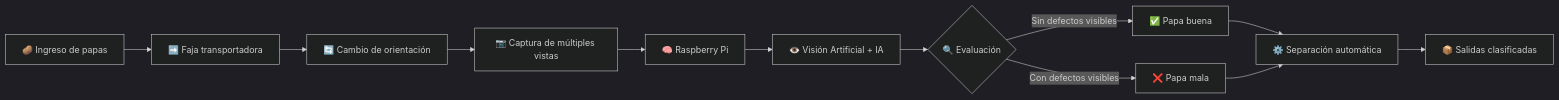
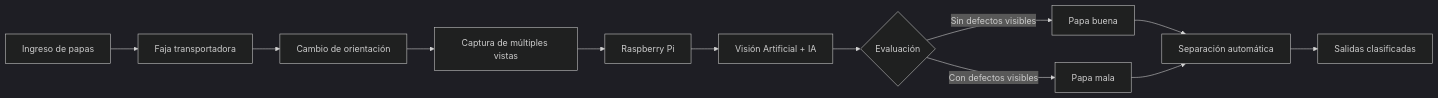
Before and after one commit to Dylan200-7/PI_Equipo_10: the first of 2 diagrams in README.md, drawn with Mermaid (dark theme). The commit also changed other lines of this file, not shown here.

````diff
--- a/README.md
+++ b/README.md
@@ -117,25 +114,25 @@
 ```mermaid
 flowchart LR
 
-    A["🥔 Ingreso de papas"] --> B["➡️ Faja transportadora"]
+    A["Ingreso de papas"] --> B["Faja transportadora"]
 
-    B --> C["🔄 Cambio de orientación"]
+    B --> C["Cambio de orientación"]
 
-    C --> D["📷 Captura de múltiples vistas"]
+    C --> D["Captura de múltiples vistas"]
 
-    D --> E["🧠 Raspberry Pi"]
+    D --> E["Raspberry Pi"]
 
-    E --> F["👁️ Visión Artificial + IA"]
+    E --> F["Visión Artificial + IA"]
 
-    F --> G{"🔍 Evaluación"}
+    F --> G{"Evaluación"}
 
-    G -->|"Sin defectos visibles"| H["✅ Papa buena"]
+    G -->|"Sin defectos visibles"| H["Papa buena"]
 
-    G -->|"Con defectos visibles"| I["❌ Papa mala"]
+    G -->|"Con defectos visibles"| I["Papa mala"]
 
-    H --> J["⚙️ Separación automática"]
+    H --> J["Separación automática"]
 
     I --> J
 
-    J --> K["📦 Salidas clasificadas"]
+    J --> K["Salidas clasificadas"]
 ```
````
